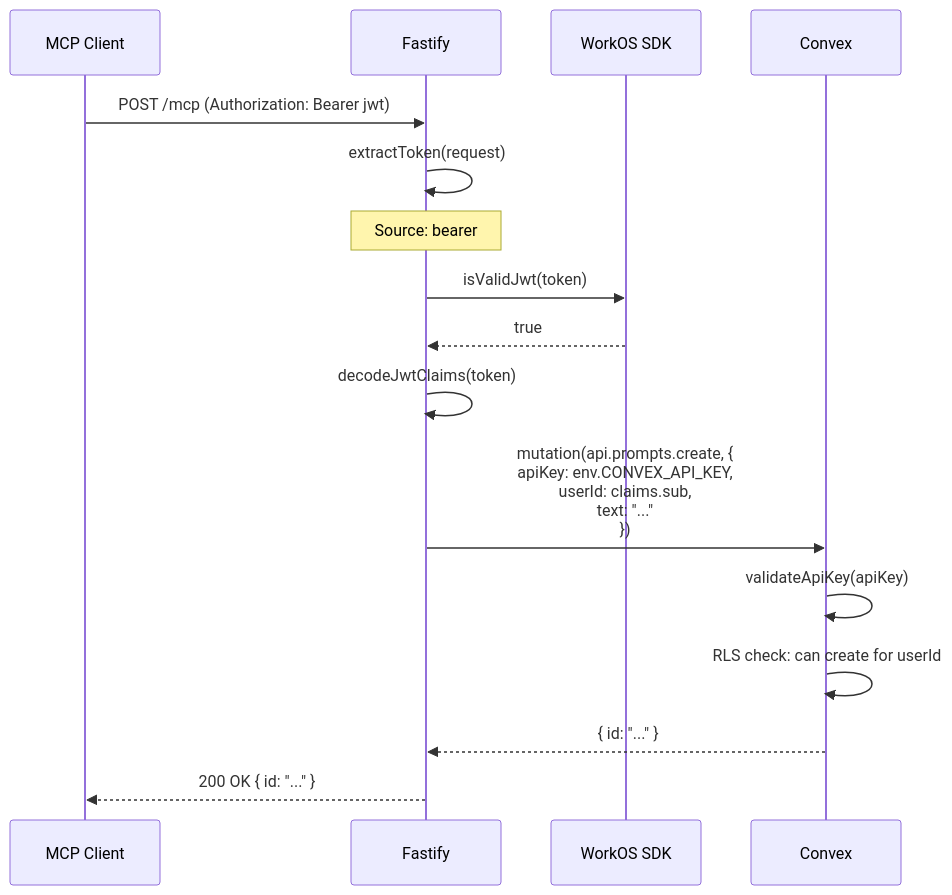
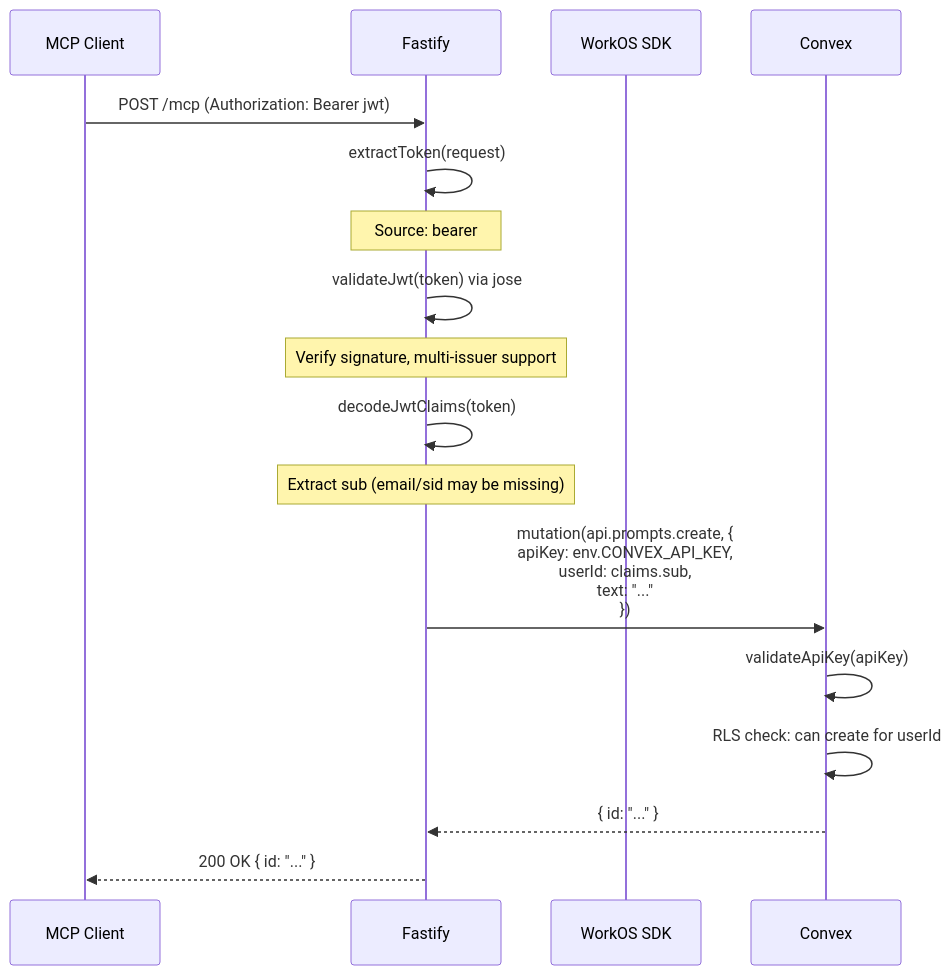
The fifth of 11 diagrams in docs/auth-design.md (liminal-ai/liminaldb), drawn with Mermaid before and after one commit. The commit also changed other lines of this file and 2 other files, not shown here.

First line of the commit message:
Update architecture docs to reflect actual implementation

````diff
--- a/docs/auth-design.md
+++ b/docs/auth-design.md
@@ -262,25 +270,26 @@
 ```mermaid
 sequenceDiagram
     participant MCP as MCP Client
     participant Fastify
     participant WorkOS as WorkOS SDK
     participant Convex
 
     MCP->>Fastify: POST /mcp (Authorization: Bearer jwt)
 
     Fastify->>Fastify: extractToken(request)
     Note over Fastify: Source: bearer
 
-    Fastify->>WorkOS: isValidJwt(token)
-    WorkOS-->>Fastify: true
+    Fastify->>Fastify: validateJwt(token) via jose
+    Note over Fastify: Verify signature, multi-issuer support
 
     Fastify->>Fastify: decodeJwtClaims(token)
+    Note over Fastify: Extract sub (email/sid may be missing)
 
     Fastify->>Convex: mutation(api.prompts.create, {<br/>  apiKey: env.CONVEX_API_KEY,<br/>  userId: claims.sub,<br/>  text: "..."<br/>})
 
     Convex->>Convex: validateApiKey(apiKey)
     Convex->>Convex: RLS check: can create for userId
     Convex-->>Fastify: { id: "..." }
 
     Fastify-->>MCP: 200 OK { id: "..." }
 ```
````
